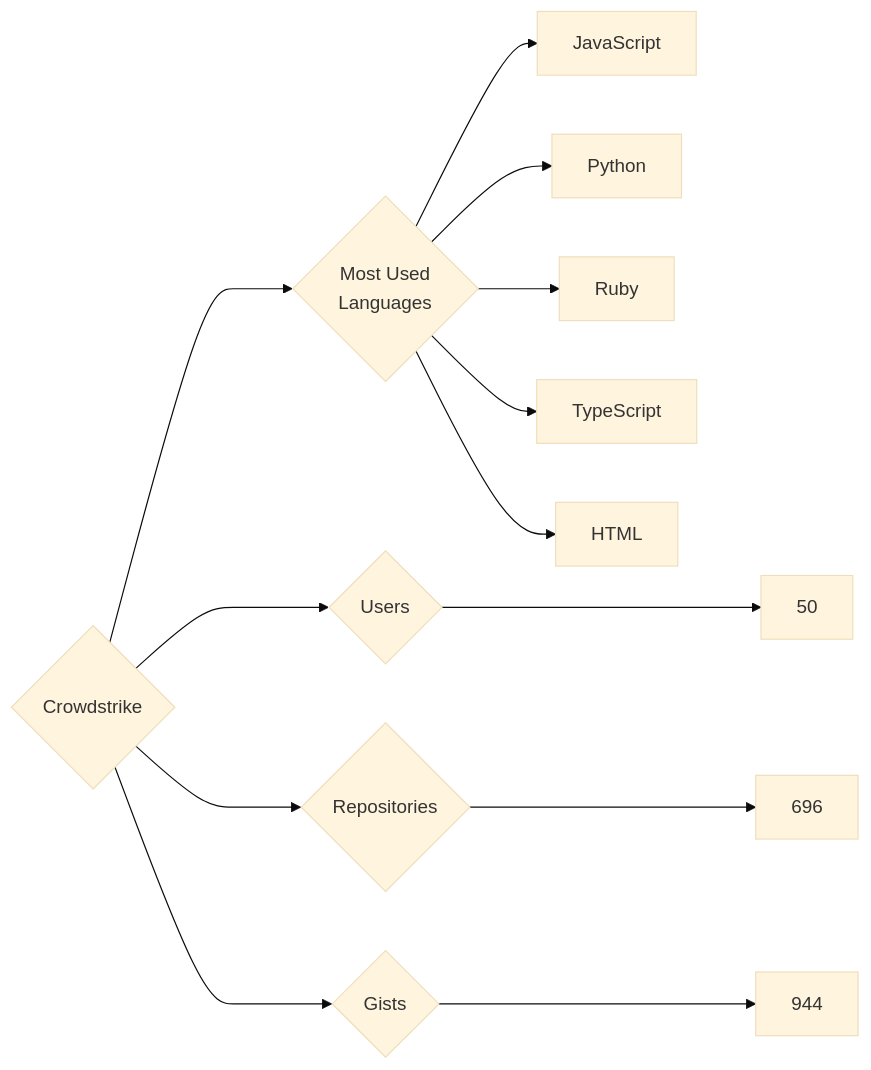
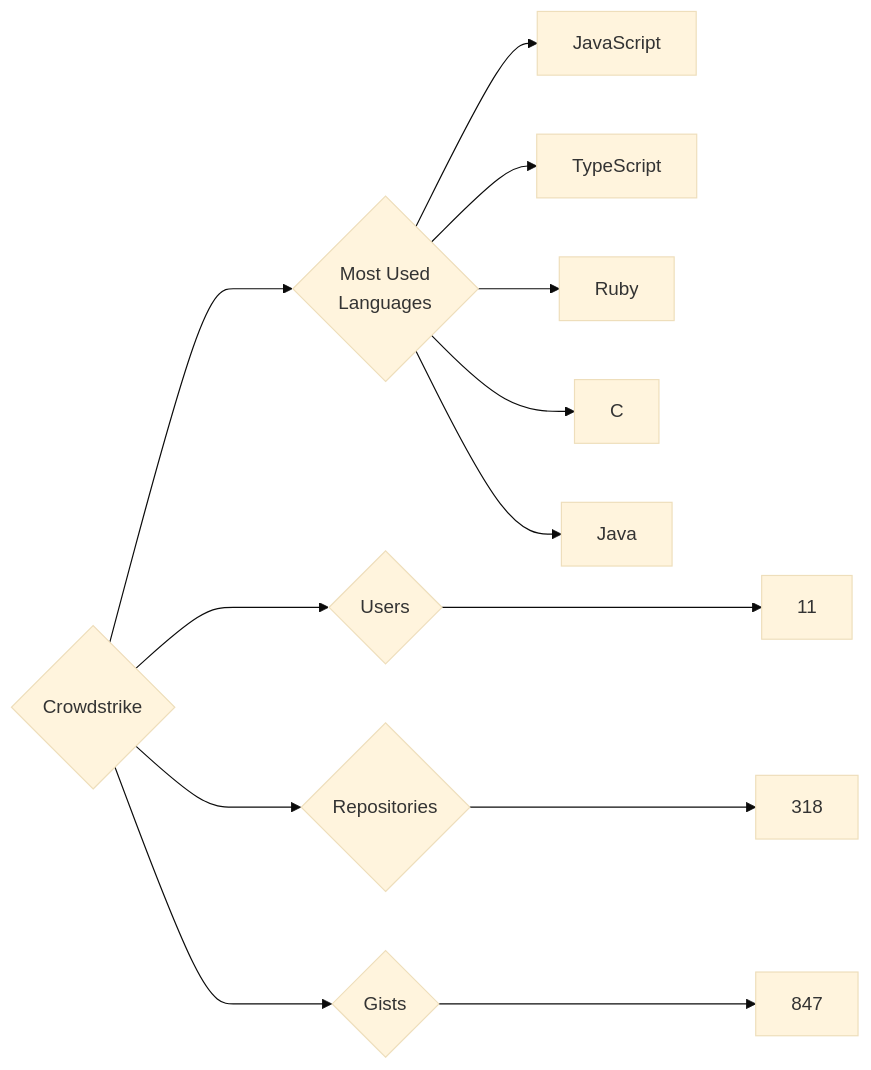
The diagram in targets/Crowdstrike/README.md (trickest/insiders), drawn with Mermaid (base theme) before and after one commit. The commit also changed 622 other files, not shown here.

````diff
--- a/targets/Crowdstrike/README.md
+++ b/targets/Crowdstrike/README.md
@@ -3,13 +3,13 @@
 ```mermaid
 graph LR
 COMPANY_NAME{Crowdstrike}
-COMPANY_NAME ---> U{Users} ---> UN[50]
-COMPANY_NAME ---> R{Repositories} ---> RN[696]
-COMPANY_NAME ---> G{Gists} ---> GN[944]
+COMPANY_NAME ---> U{Users} ---> UN[11]
+COMPANY_NAME ---> R{Repositories} ---> RN[318]
+COMPANY_NAME ---> G{Gists} ---> GN[847]
 COMPANY_NAME ---> ML{Most Used<br>Languages}
 ML --> JavaScript[JavaScript]
-ML --> Python[Python]
+ML --> TypeScript[TypeScript]
 ML --> Ruby[Ruby]
-ML --> TypeScript[TypeScript]
-ML --> HTML[HTML]
+ML --> C[C]
+ML --> Java[Java]
 ```
````
